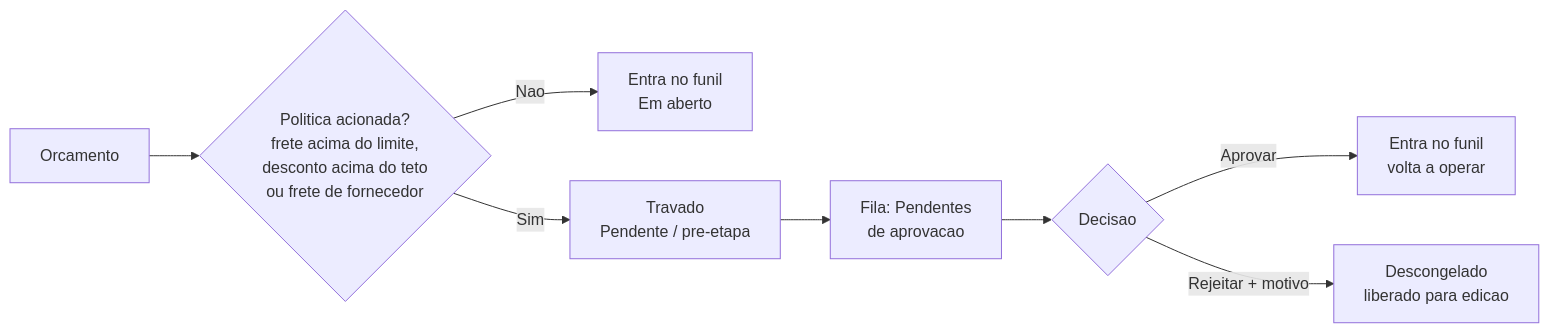
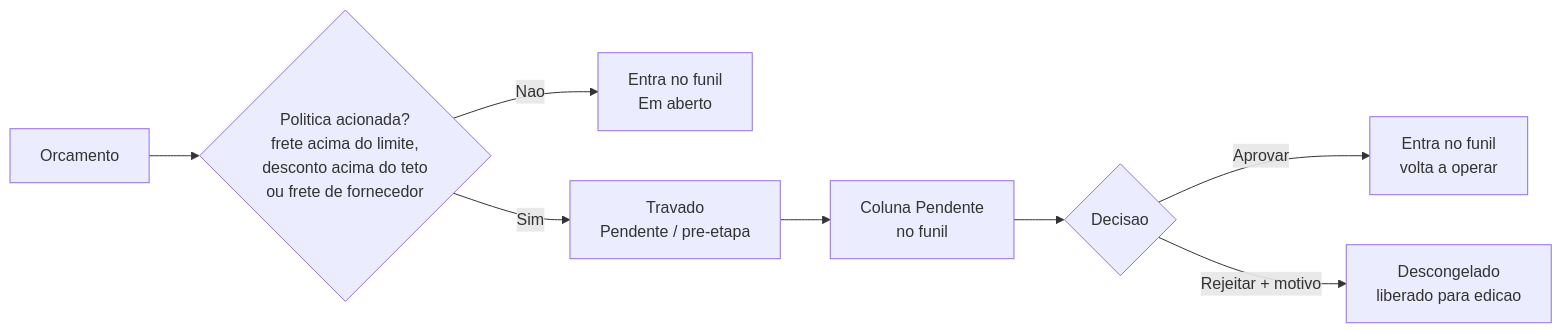
The diagram in orcamentos/aprovacao.md (LocFlowTeam/locflow-docs), drawn with Mermaid before and after one commit. The commit also changed other lines of this file and 6 other files, not shown here.

````diff
--- a/orcamentos/aprovacao.md
+++ b/orcamentos/aprovacao.md
@@ -108,10 +108,10 @@
 ```mermaid
 flowchart LR
     A[Orcamento] --> B{Politica acionada?<br/>frete acima do limite,<br/>desconto acima do teto<br/>ou frete de fornecedor}
     B -->|Nao| N[Entra no funil<br/>Em aberto]
     B -->|Sim| P[Travado<br/>Pendente / pre-etapa]
-    P --> F[Fila: Pendentes<br/>de aprovacao]
+    P --> F[Coluna Pendente<br/>no funil]
     F --> D{Decisao}
     D -->|Aprovar| AP[Entra no funil<br/>volta a operar]
     D -->|Rejeitar + motivo| RJ[Descongelado<br/>liberado para edicao]
 ```
````
